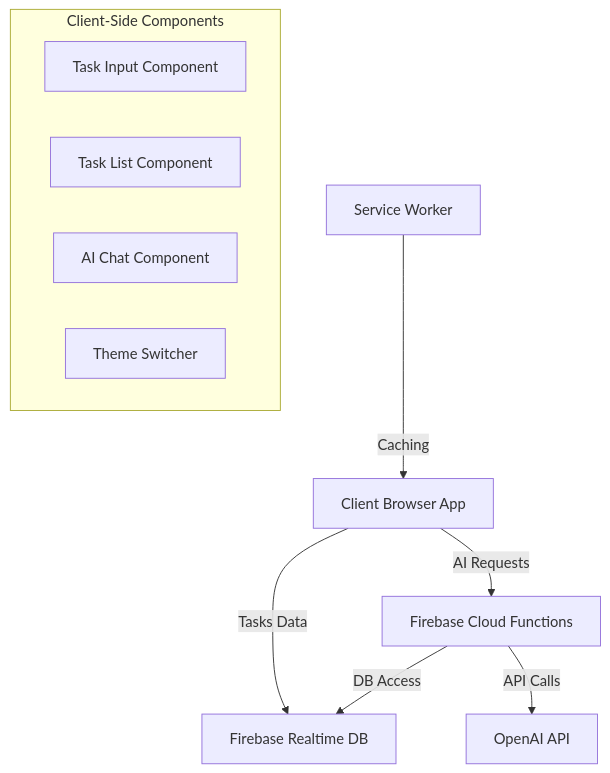
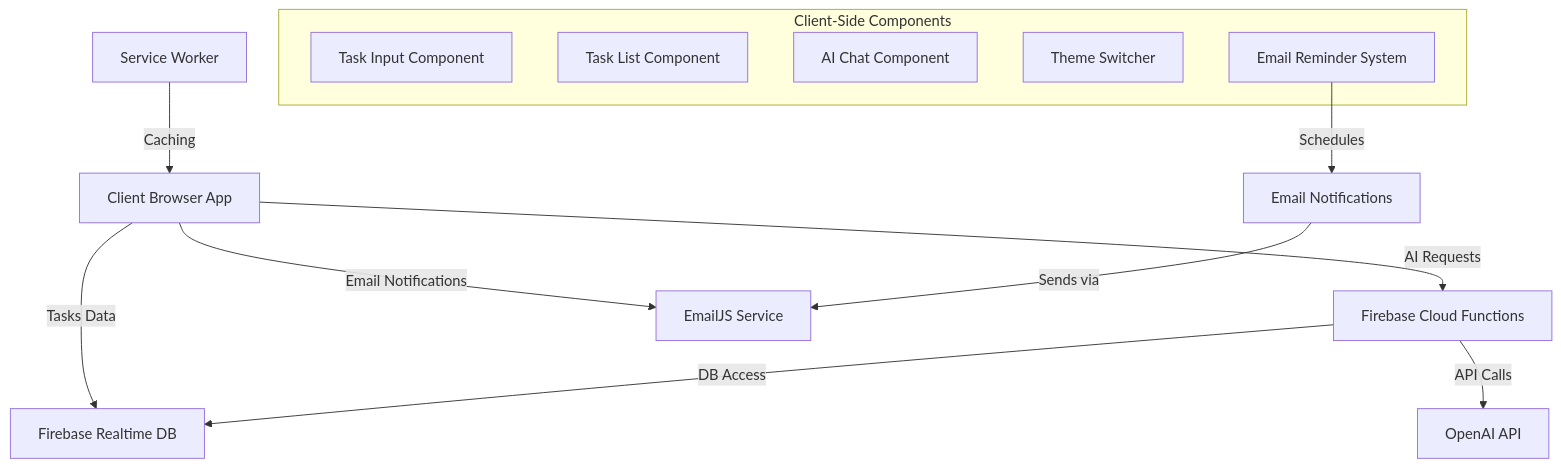
The first of 3 diagrams in memory-bank/systemPatterns.md (Drifter-Supremo/gorlea-tasks), drawn with Mermaid before and after one commit. The commit also changed other lines of this file and 8 other files, not shown here.

````diff
--- a/memory-bank/systemPatterns.md
+++ b/memory-bank/systemPatterns.md
@@ -7,15 +7,20 @@
 ```mermaid
 graph TD
     Client[Client Browser App] -- Tasks Data --> Firebase[Firebase Realtime DB]
     Client -- AI Requests --> CloudFunctions[Firebase Cloud Functions]
+    Client -- Email Notifications --> EmailJS[EmailJS Service]
     CloudFunctions -- API Calls --> OpenAI[OpenAI API]
     CloudFunctions -- DB Access --> Firebase
     ServiceWorker[Service Worker] -- Caching --> Client
     
     subgraph "Client-Side Components"
         TaskInput[Task Input Component]
         TaskList[Task List Component]
         AIChat[AI Chat Component]
         ThemeSwitch[Theme Switcher]
+        ReminderSystem[Email Reminder System]
     end
+    
+    ReminderSystem -- Schedules --> EmailNotifications[Email Notifications]
+    EmailNotifications -- Sends via --> EmailJS
 ```
````
